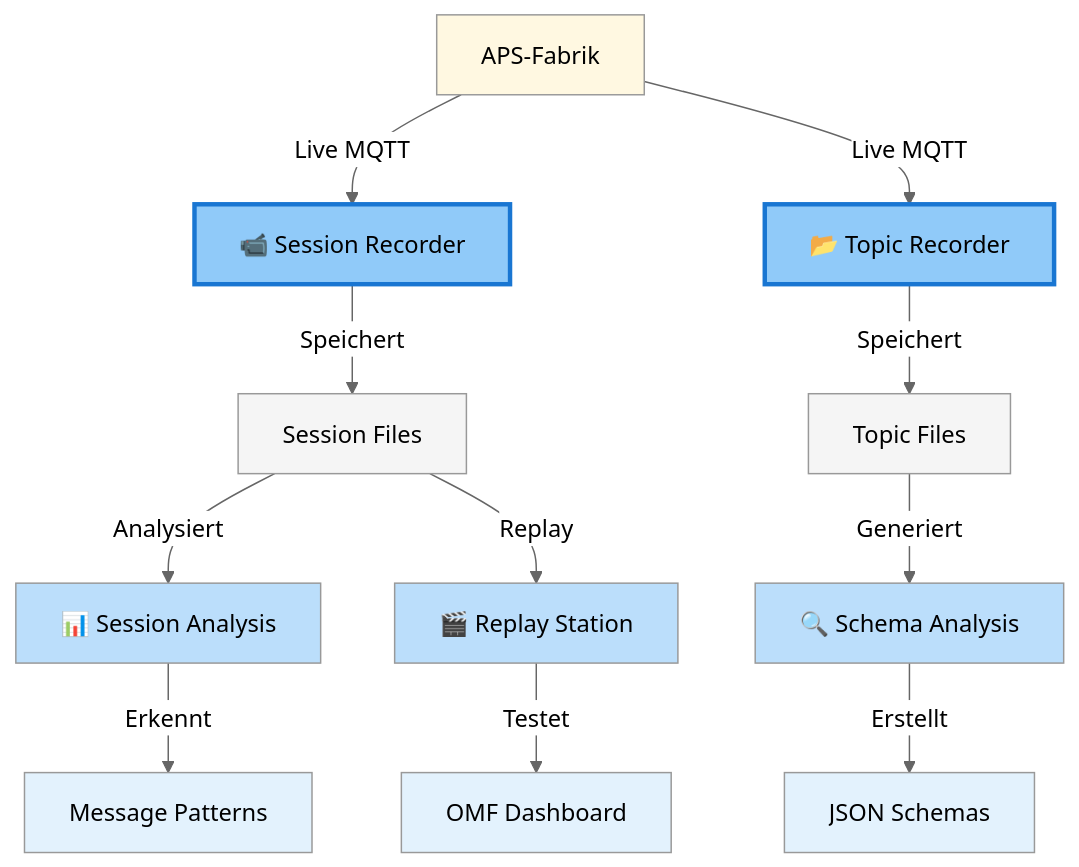
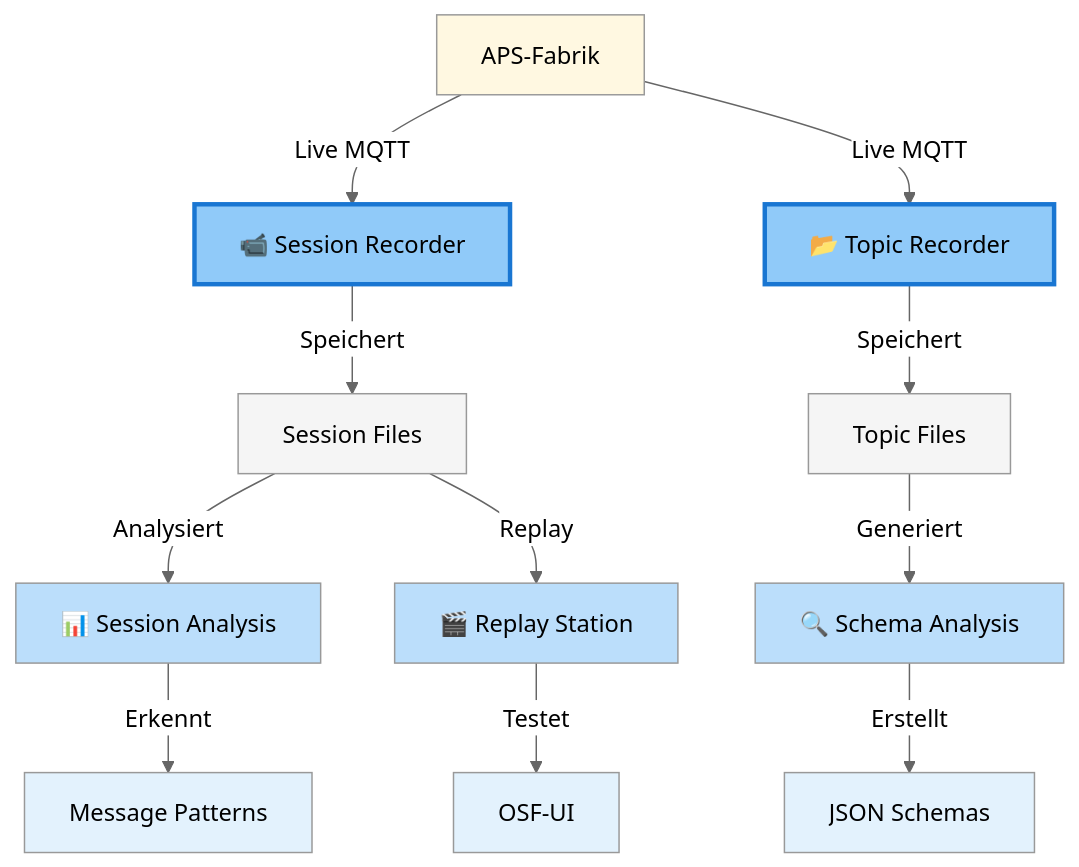
The diagram in docs/04-howto/helper_apps/session-manager/README.md (OliverBerger-ORBIS/ORBIS-Modellfabrik), drawn with Mermaid (neutral theme) before and after one commit. The commit also changed other lines of this file and 137 other files, not shown here.

````diff
--- a/docs/04-howto/helper_apps/session-manager/README.md
+++ b/docs/04-howto/helper_apps/session-manager/README.md
@@ -17,27 +17,27 @@
 ```mermaid
 graph TD
     A[APS-Fabrik] -->|Live MQTT| B[📹 Session Recorder]
     A -->|Live MQTT| B2[📂 Topic Recorder]
     B -->|Speichert| C[Session Files]
     B2 -->|Speichert| C2[Topic Files]
     
     C -->|Analysiert| D[📊 Session Analysis]
     C -->|Replay| F[🎬 Replay Station]
     C2 -->|Generiert| E[🔍 Schema Analysis]
     
     D -->|Erkennt| G[Message Patterns]
     E -->|Erstellt| H[JSON Schemas]
-    F -->|Testet| I[OMF Dashboard]
+    F -->|Testet| I[OSF-UI]
     
     style A fill:#fff8e1
     style B fill:#90caf9,stroke:#1976d2,stroke-width:3px
     style B2 fill:#90caf9,stroke:#1976d2,stroke-width:3px
     style C fill:#f5f5f5
     style C2 fill:#f5f5f5
     style D fill:#bbdefb
     style E fill:#bbdefb
     style F fill:#bbdefb
     style G fill:#e3f2fd
     style H fill:#e3f2fd
     style I fill:#e3f2fd
 ```
````
